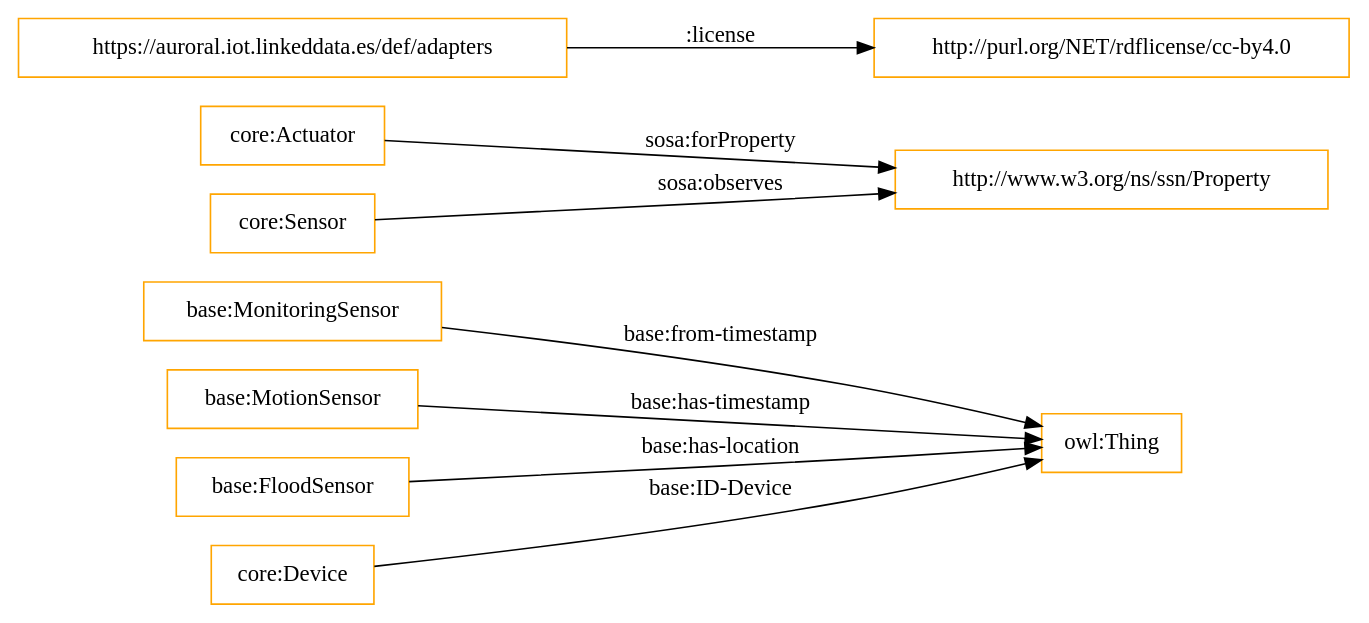
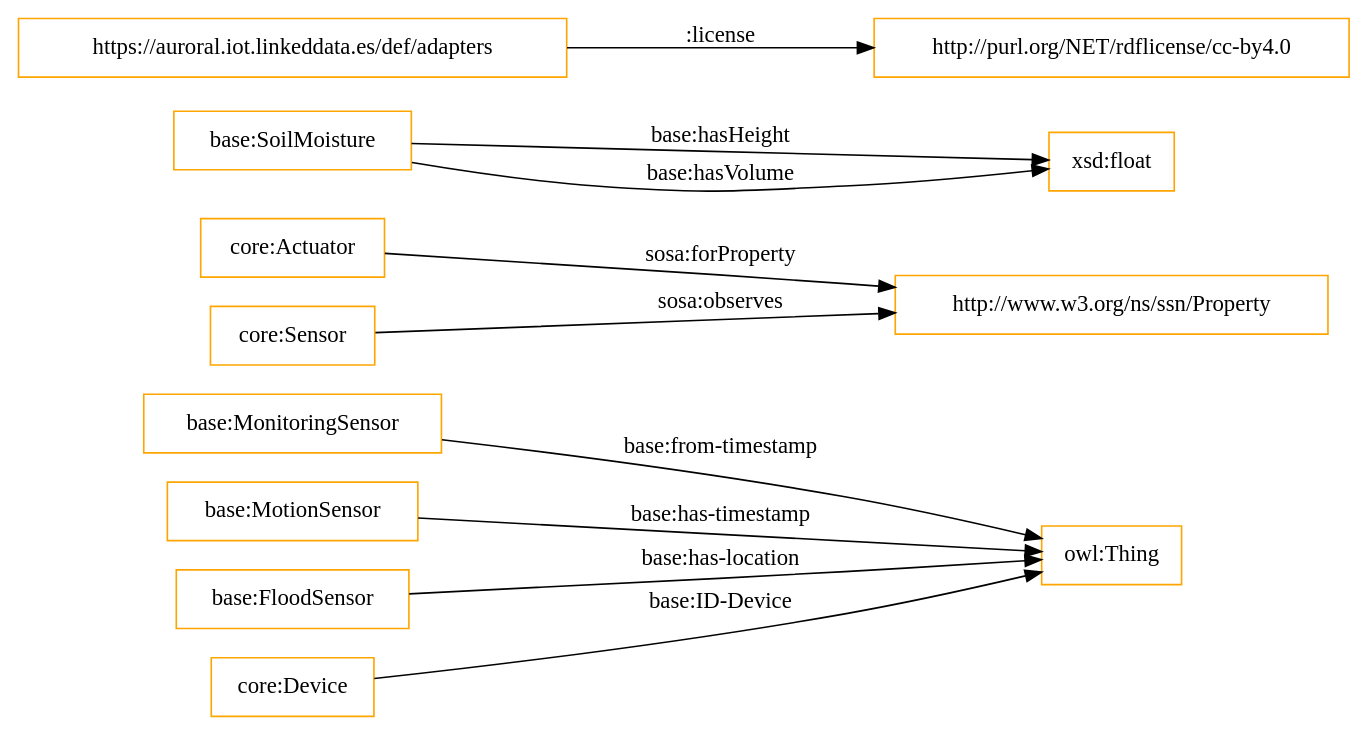
One commit to oeg-upm/auroral-adapters-ontology changed the diagram in OnToology/Ontology/adapters-ontology.owl/diagrams/ar2dtool-class/adapters-ontology.owl.png.dot. Above: the diagram before and after it, drawn with Graphviz. The commit also changed 12 other files, not shown here.

```diff
--- a/OnToology/Ontology/adapters-ontology.owl/diagrams/ar2dtool-class/adapters-ontology.owl.png.dot
+++ b/OnToology/Ontology/adapters-ontology.owl/diagrams/ar2dtool-class/adapters-ontology.owl.png.dot
@@ -1,13 +1,15 @@
 digraph ar2dtool_diagram { 
 rankdir=LR;
 size="1501"
-node [shape = rectangle, color="orange"]; "base:MonitoringSensor" "core:Actuator" "base:MotionSensor" "http://www.w3.org/ns/ssn/Property" "base:FloodSensor" "core:Device" "core:Sensor" ; /*classes style*/
+node [shape = rectangle, color="orange"]; "base:MonitoringSensor" "core:Actuator" "base:MotionSensor" "http://www.w3.org/ns/ssn/Property" "base:FloodSensor" "core:Device" "base:SoilMoisture" "core:Sensor" ; /*classes style*/
 	"https://auroral.iot.linkeddata.es/def/adapters" -> "http://purl.org/NET/rdflicense/cc-by4.0" [ label = ":license" ];
+	"base:SoilMoisture" -> "xsd:float" [ label = "base:hasHeight" ];
 	"core:Actuator" -> "http://www.w3.org/ns/ssn/Property" [ label = "sosa:forProperty" ];
+	"base:SoilMoisture" -> "xsd:float" [ label = "base:hasVolume" ];
 	"base:FloodSensor" -> "owl:Thing" [ label = "base:has-location" ];
 	"core:Sensor" -> "http://www.w3.org/ns/ssn/Property" [ label = "sosa:observes" ];
 	"base:MonitoringSensor" -> "owl:Thing" [ label = "base:from-timestamp" ];
 	"base:MotionSensor" -> "owl:Thing" [ label = "base:has-timestamp" ];
 	"core:Device" -> "owl:Thing" [ label = "base:ID-Device" ];
 
 }
```
